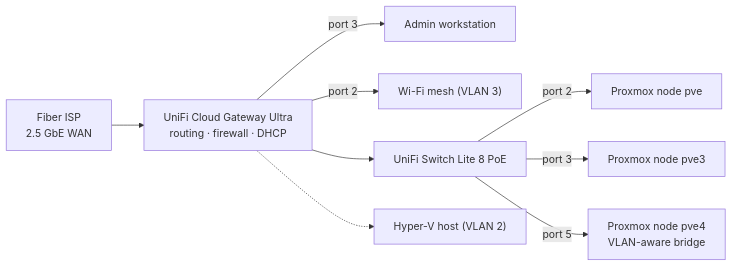
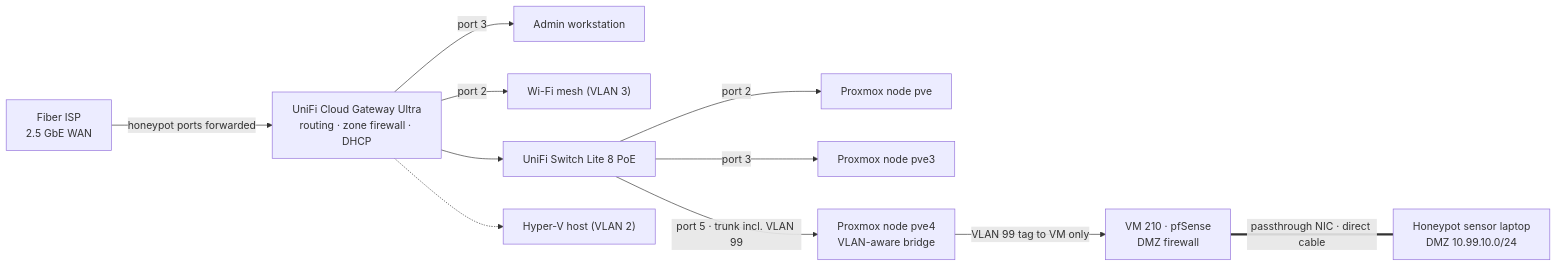
One commit to kharn970/HomeLab-Infrastructure- changed the first of 2 diagrams in docs/01-network.md. Above: the diagram before and after it, drawn with Mermaid. The commit also changed other lines of this file and 1 other file, not shown here.

First line of the commit message:
Show the honeypot's physical placement in the topology diagrams

````diff
--- a/docs/01-network.md
+++ b/docs/01-network.md
@@ -7,11 +7,13 @@
 ```mermaid
 flowchart LR
-  ISP["Fiber ISP<br/>2.5 GbE WAN"] --> GW["UniFi Cloud Gateway Ultra<br/>routing · firewall · DHCP"]
+  ISP["Fiber ISP<br/>2.5 GbE WAN"] -->|"honeypot ports forwarded"| GW["UniFi Cloud Gateway Ultra<br/>routing · zone firewall · DHCP"]
   GW -->|port 3| PC["Admin workstation"]
   GW -->|port 2| MESH["Wi-Fi mesh (VLAN 3)"]
   GW --> SW["UniFi Switch Lite 8 PoE"]
   SW -->|port 2| N1["Proxmox node pve"]
   SW -->|port 3| N3["Proxmox node pve3"]
-  SW -->|port 5| N4["Proxmox node pve4<br/>VLAN-aware bridge"]
+  SW -->|"port 5 · trunk incl. VLAN 99"| N4["Proxmox node pve4<br/>VLAN-aware bridge"]
+  N4 -->|"VLAN 99 tag to VM only"| PF["VM 210 · pfSense<br/>DMZ firewall"]
+  PF ===|"passthrough NIC · direct cable"| HP["Honeypot sensor laptop<br/>DMZ 10.99.10.0/24"]
   GW -.-> HV["Hyper-V host (VLAN 2)"]
 ```
````
